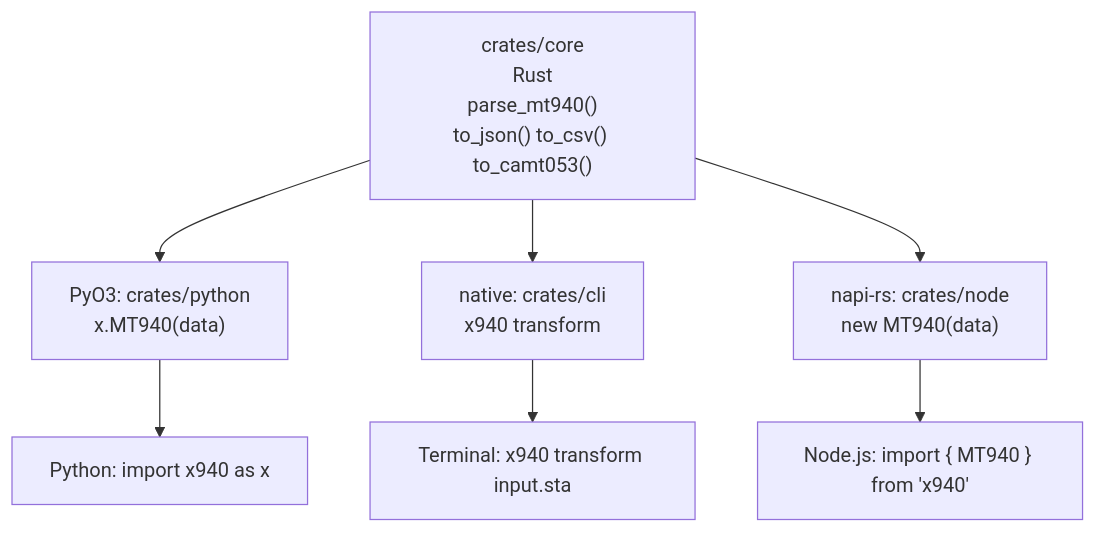
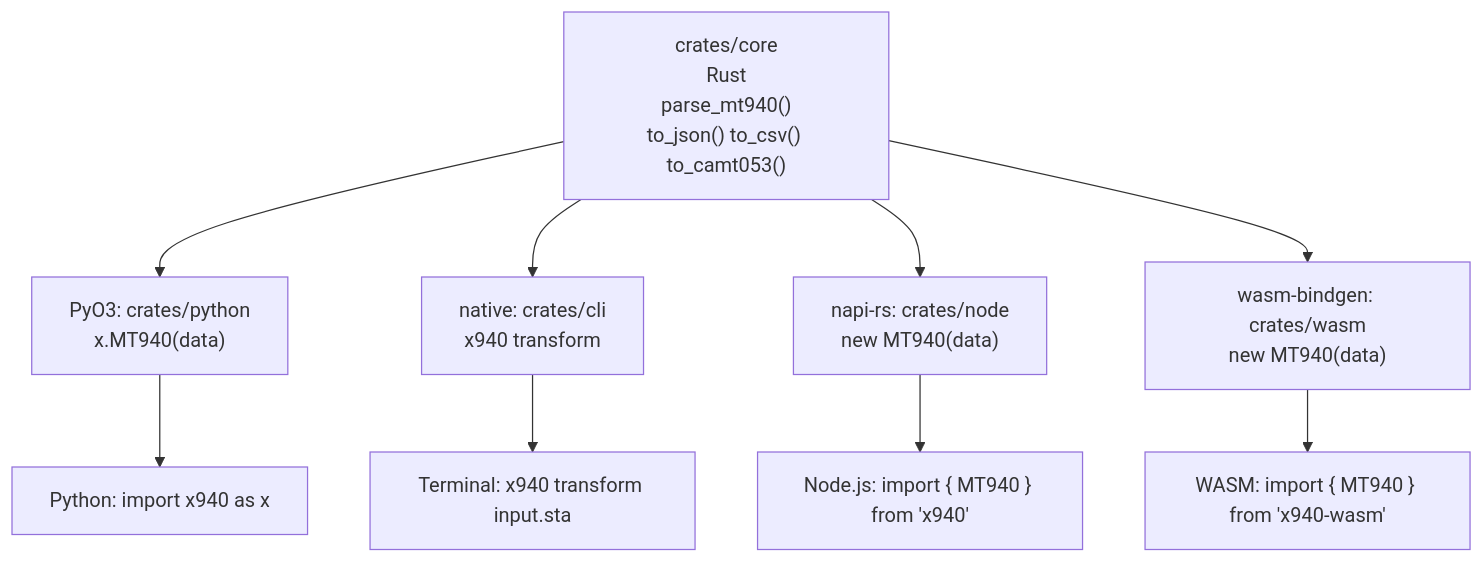
One commit to tahzeer/x940 changed the third of 3 diagrams in USAGE.md. Above: the diagram before and after it, drawn with Mermaid. The commit also changed other lines of this file and 4 other files, not shown here.

````diff
--- a/USAGE.md
+++ b/USAGE.md
@@ -381,11 +442,13 @@
 ```mermaid
 flowchart TD
     core["crates/core<br/>Rust<br/>parse_mt940()<br/>to_json() to_csv() to_camt053()"]
     core --> py["PyO3: crates/python<br/>x.MT940(data)"]
     core --> cli["native: crates/cli<br/>x940 transform"]
     core --> node["napi-rs: crates/node<br/>new MT940(data)"]
+    core --> wasm["wasm-bindgen: crates/wasm<br/>new MT940(data)"]
 
     py --> puser["Python: import x940 as x"]
     cli --> cuser["Terminal: x940 transform input.sta"]
     node --> nuser["Node.js: import { MT940 } from 'x940'"]
+    wasm --> wuser["WASM: import { MT940 } from 'x940-wasm'"]
 ```
````
